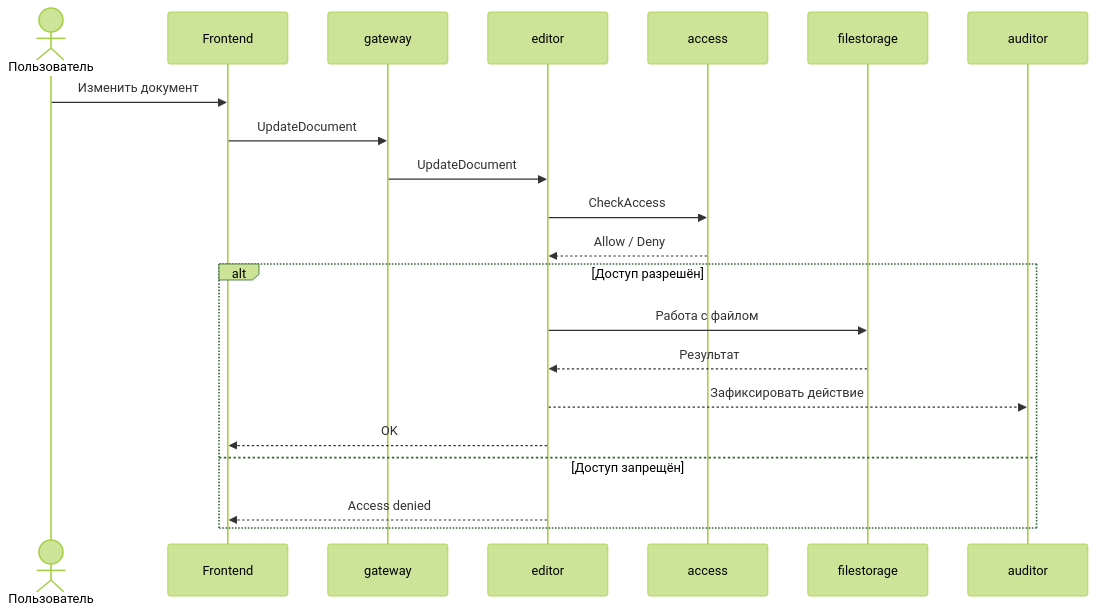
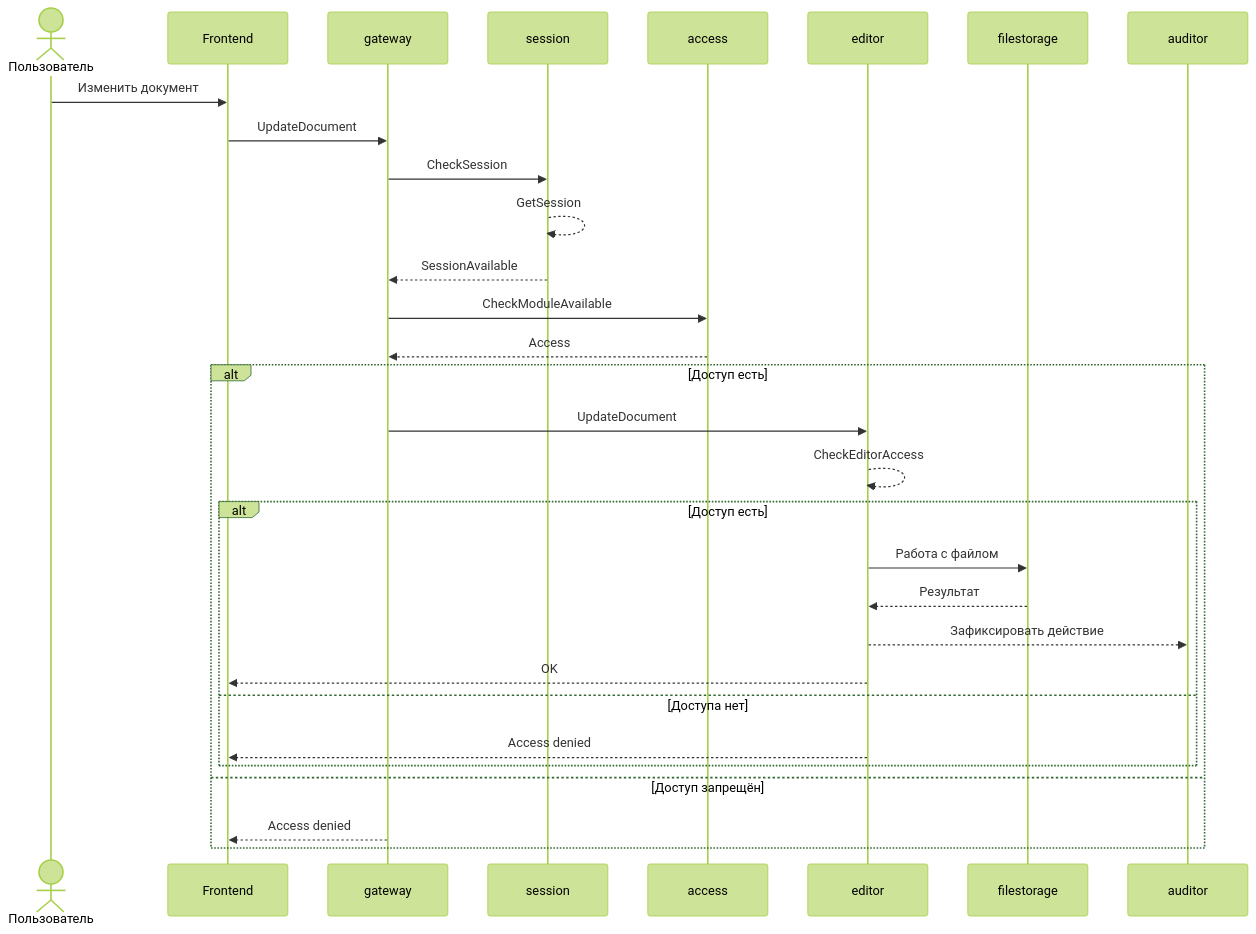
One commit to Exevald/aura-platform changed the fifth of 6 diagrams in docs/architecture.md. Above: the diagram before and after it, drawn with Mermaid (forest theme). The commit also changed other lines of this file, not shown here.

````diff
--- a/docs/architecture.md
+++ b/docs/architecture.md
@@ -483,24 +595,33 @@
 ```mermaid
 sequenceDiagram
     actor User as Пользователь
     participant Frontend
     participant Gateway as gateway
+    participant Session as session
+    participant Access as access
     participant Editor as editor
-    participant Access as access
     participant Storage as filestorage
     participant Auditor as auditor
     User ->> Frontend: Изменить документ
     Frontend ->> Gateway: UpdateDocument
-    Gateway ->> Editor: UpdateDocument
-    Editor ->> Access: CheckAccess
-    Access -->> Editor: Allow / Deny
+    Gateway ->> Session: CheckSession
+    Session -->> Session: GetSession
+    Session -->> Gateway: SessionAvailable
+    Gateway ->> Access: CheckModuleAvailable
+    Access -->> Gateway: Access
 
-    alt Доступ разрешён
-        Editor ->> Storage: Работа с файлом
-        Storage -->> Editor: Результат
-        Editor -->> Auditor: Зафиксировать действие
-        Editor -->> Frontend: OK
+    alt Доступ есть
+        Gateway ->> Editor: UpdateDocument
+        Editor -->> Editor: CheckEditorAccess
+        alt Доступ есть
+            Editor ->> Storage: Работа с файлом
+            Storage -->> Editor: Результат
+            Editor -->> Auditor: Зафиксировать действие
+            Editor -->> Frontend: OK
+        else Доступа нет
+            Editor -->> Frontend: Access denied
+        end
     else Доступ запрещён
-        Editor -->> Frontend: Access denied
+        Gateway -->> Frontend: Access denied
     end
 ```
````
